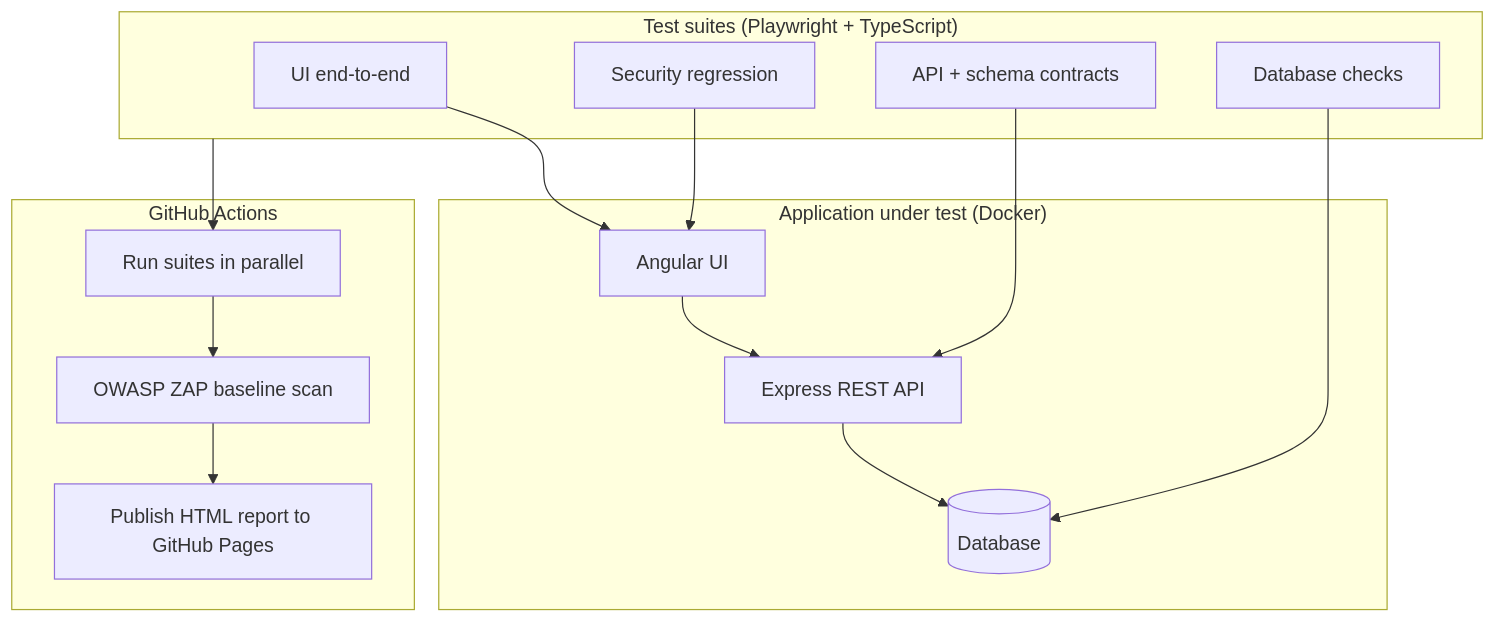
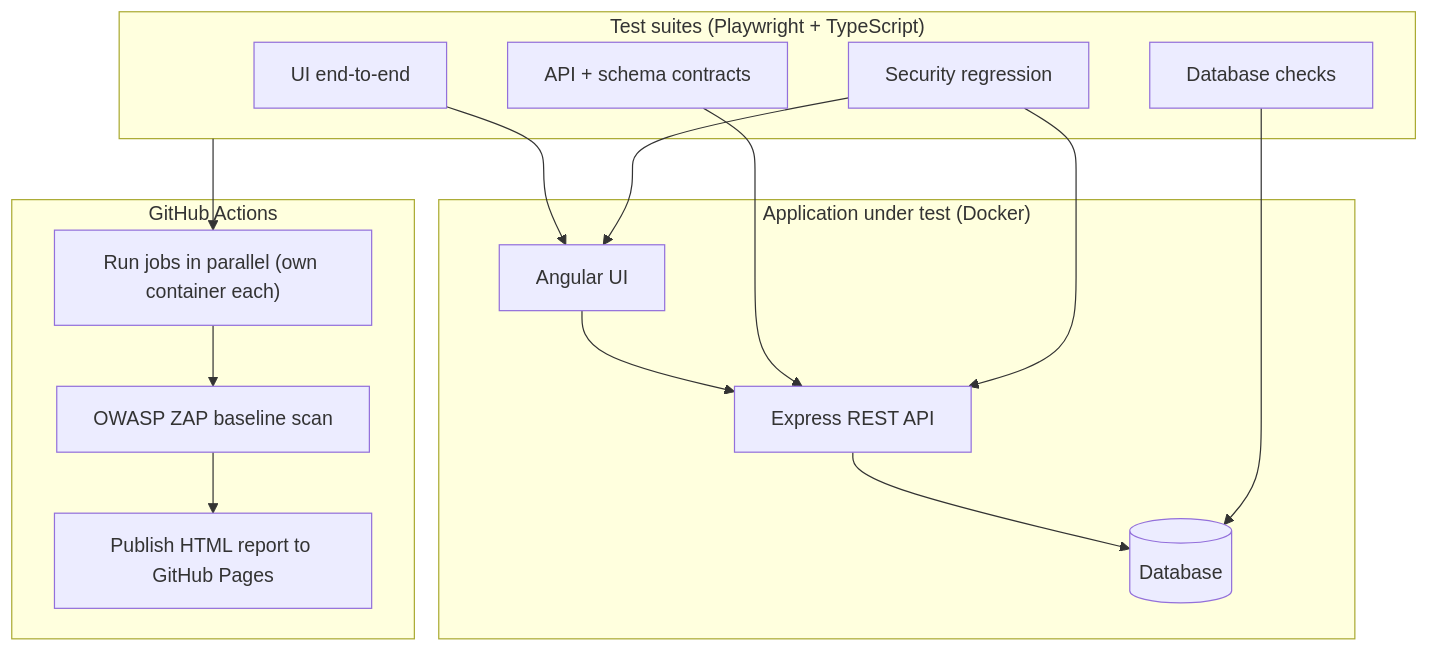
One commit to saadk408/qa-juiceshop changed the diagram in README.md. Above: the diagram before and after it, drawn with Mermaid. The commit also changed other lines of this file and 5 other files, not shown here.

````diff
--- a/README.md
+++ b/README.md
@@ -30,26 +30,27 @@
 ```mermaid
 flowchart TD
     subgraph SUT["Application under test (Docker)"]
         UI["Angular UI"] --> API["Express REST API"]
         API --> DB[("Database")]
     end
 
     subgraph TESTS["Test suites (Playwright + TypeScript)"]
         T_UI["UI end-to-end"]
         T_API["API + schema contracts"]
         T_DB["Database checks"]
         T_SEC["Security regression"]
     end
 
     subgraph CI["GitHub Actions"]
-        RUN["Run suites in parallel"]
+        RUN["Run jobs in parallel (own container each)"]
         ZAP["OWASP ZAP baseline scan"]
         REPORT["Publish HTML report to GitHub Pages"]
     end
 
     T_UI --> UI
     T_API --> API
     T_DB --> DB
     T_SEC --> UI
+    T_SEC --> API
     TESTS --> RUN --> ZAP --> REPORT
 ```
````
